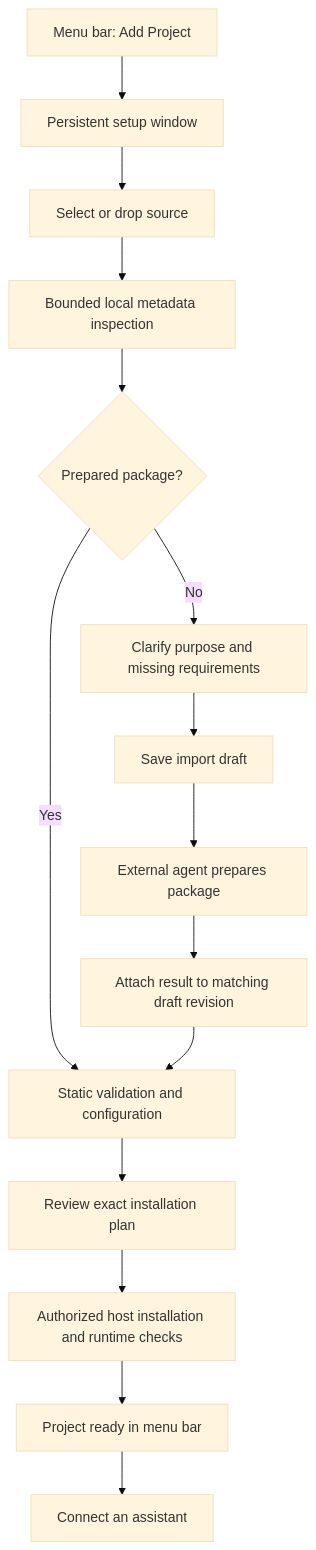
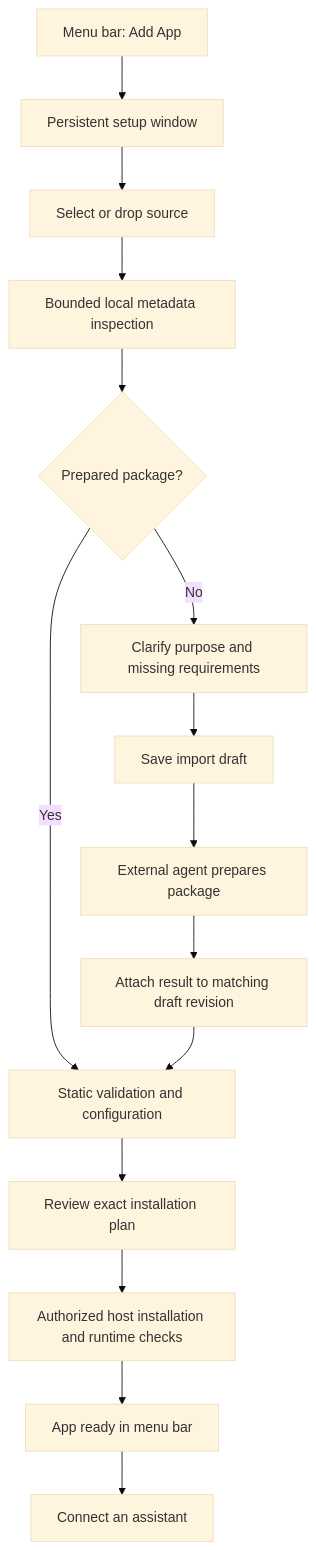
The diagram in docs/PROJECT_ONBOARDING.md (jshahbazi/meecp), drawn with Mermaid (base theme) before and after one commit. The commit also changed other lines of this file and 16 other files, not shown here.

````diff
--- a/docs/PROJECT_ONBOARDING.md
+++ b/docs/PROJECT_ONBOARDING.md
@@ -152,17 +158,17 @@
 ```mermaid
 flowchart TD
-    A[Menu bar: Add Project] --> B[Persistent setup window]
+    A[Menu bar: Add App] --> B[Persistent setup window]
     B --> C[Select or drop source]
     C --> D[Bounded local metadata inspection]
     D --> E{Prepared package?}
     E -->|Yes| J[Static validation and configuration]
     E -->|No| F[Clarify purpose and missing requirements]
     F --> G[Save import draft]
     G --> H[External agent prepares package]
     H --> I[Attach result to matching draft revision]
     I --> J
     J --> K[Review exact installation plan]
     K --> L[Authorized host installation and runtime checks]
-    L --> M[Project ready in menu bar]
+    L --> M[App ready in menu bar]
     M --> N[Connect an assistant]
 ```
````
